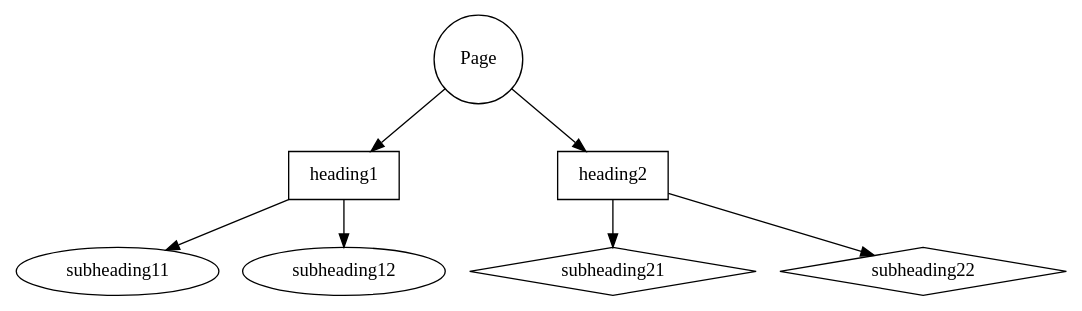
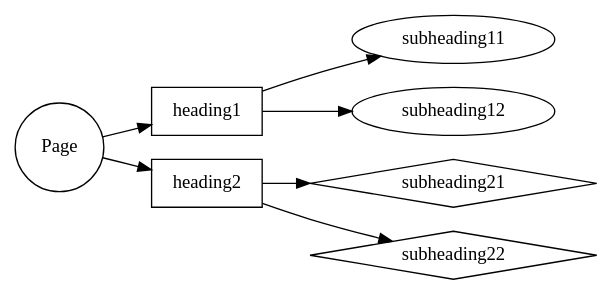
The diagram in tools/graphviz/examples/page.dot (satishgoda/visualization), drawn with Graphviz before and after one commit.

```diff
--- a/tools/graphviz/examples/page.dot
+++ b/tools/graphviz/examples/page.dot
@@ -1,24 +1,26 @@
 digraph G {
+    rankdir = LR;
+    
     node [shape="circle"] Page;
     
     node [shape="box"]; 
         heading1; 
         heading2;
 
     node [shape="ellipse"]; 
         subheading11; 
         subheading12;
 
     node [shape="diamond"];
         subheading21; 
         subheading22;
 
     Page -> heading1;
     Page -> heading2;
 
     heading1 -> subheading11;
     heading1 -> subheading12;
 
     heading2 -> subheading21;
     heading2 -> subheading22;
 }
```
